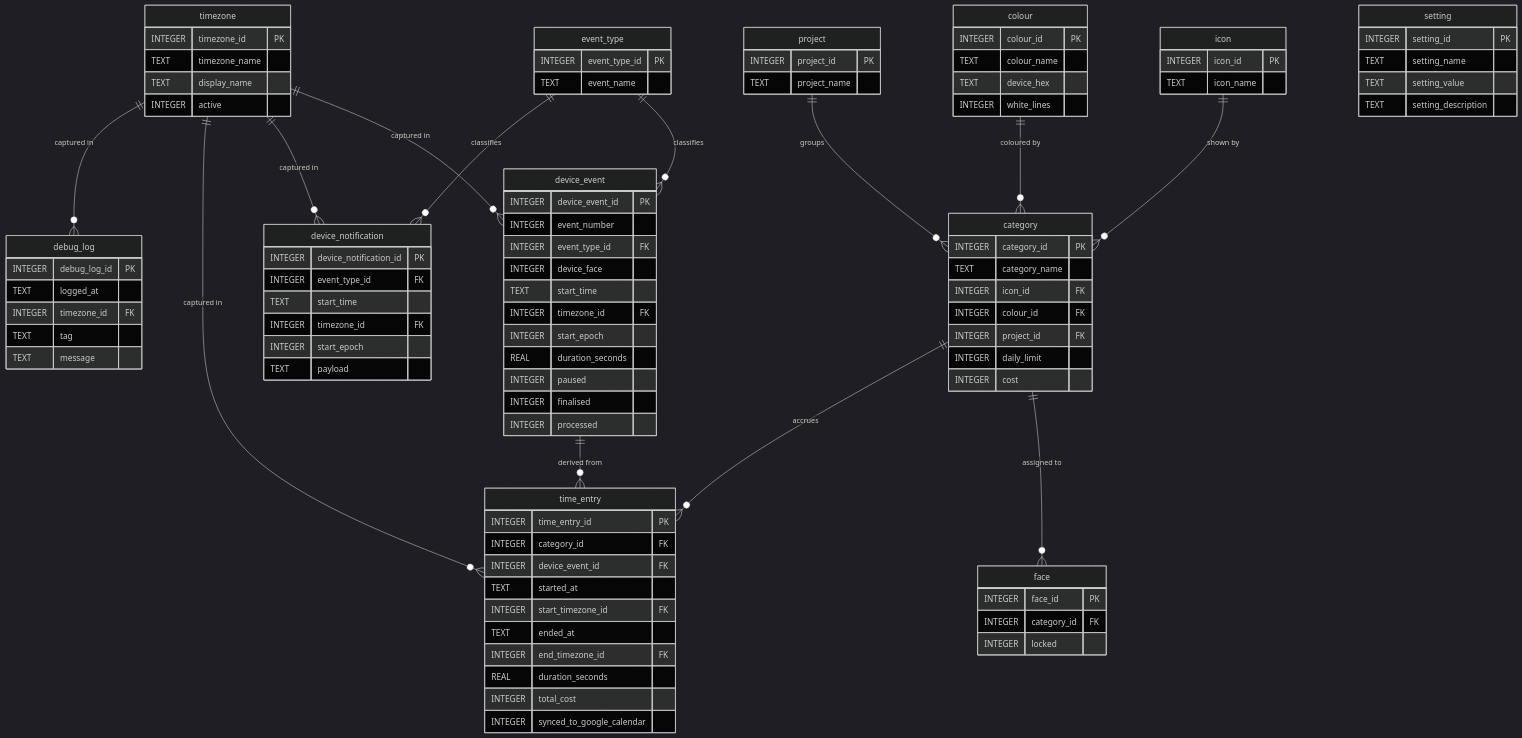
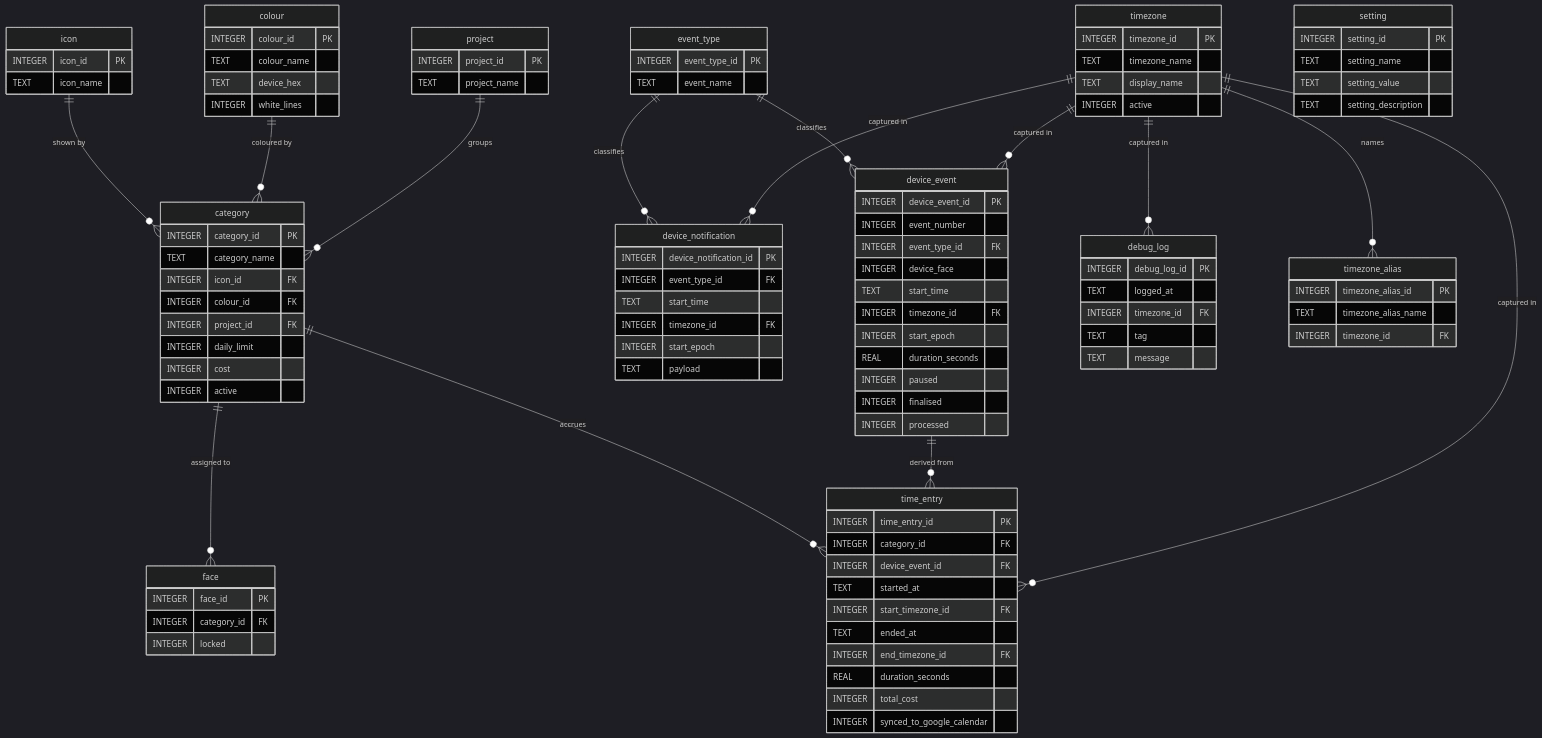
One commit to tuxcomputers/FacetApp changed the diagram in crates/facet-core/resources/database/ER-diagram.md. Above: the diagram before and after it, drawn with Mermaid (dark theme). The commit also changed other lines of this file and 22 other files, not shown here.

````diff
--- a/crates/facet-core/resources/database/ER-diagram.md
+++ b/crates/facet-core/resources/database/ER-diagram.md
@@ -35,6 +39,7 @@
     timezone ||--o{ device_notification : "captured in"
     timezone ||--o{ time_entry : "captured in"
     timezone ||--o{ debug_log : "captured in"
+    timezone ||--o{ timezone_alias : "names"
 
     event_type {
         INTEGER event_type_id PK
@@ -84,6 +89,7 @@
         INTEGER project_id FK
         INTEGER daily_limit
         INTEGER cost
+        INTEGER active
     }
 
     face {
@@ -131,4 +137,10 @@
         TEXT    display_name
         INTEGER active
     }
+
+    timezone_alias {
+        INTEGER timezone_alias_id PK
+        TEXT    timezone_alias_name
+        INTEGER timezone_id FK
+    }
 ```
````
